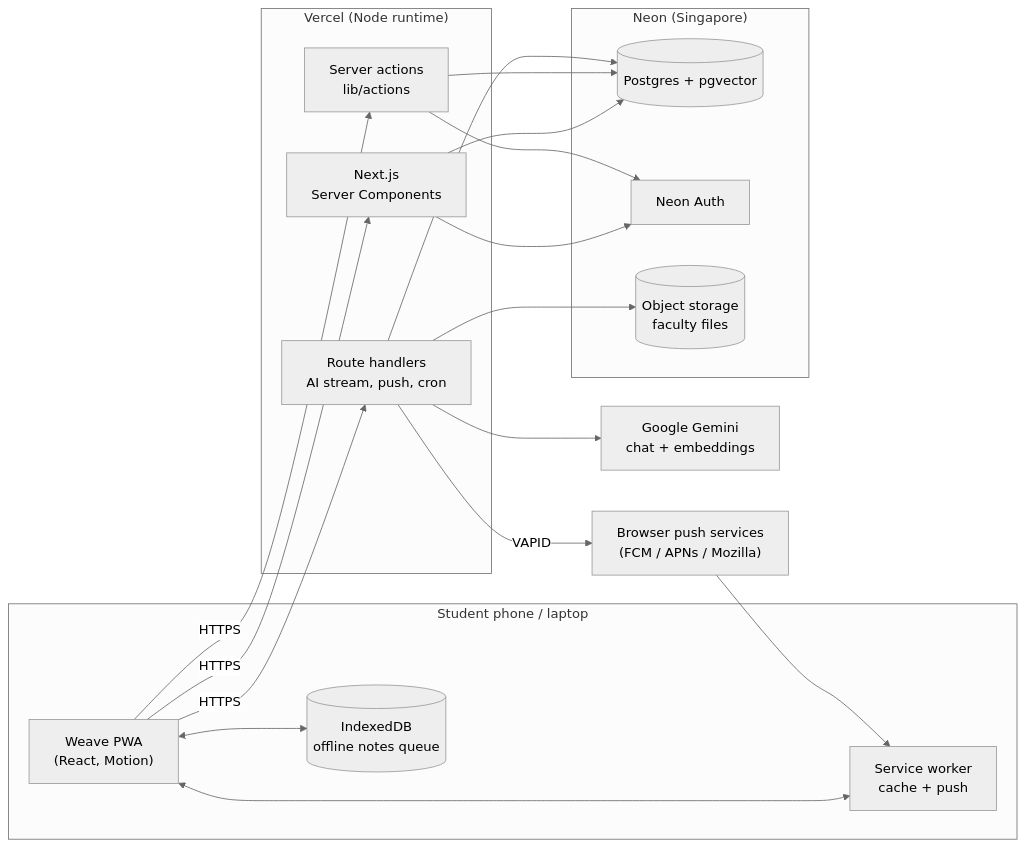
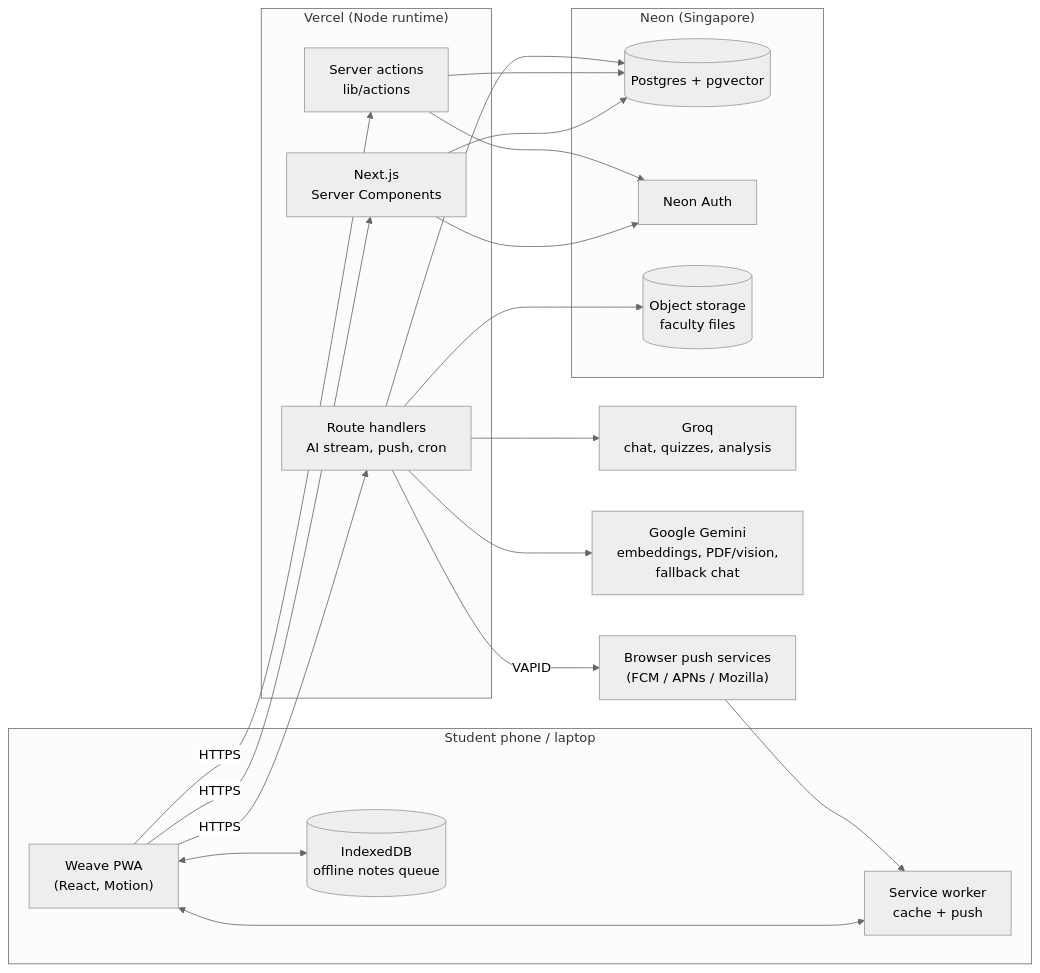
One commit to adarzhpathade/weave changed the diagram in docs/architecture.md. Above: the diagram before and after it, drawn with Mermaid (neutral theme). The commit also changed other lines of this file and 7 other files, not shown here.

Commit message:
docs(ai): use Groq for chat and Gemini for embeddings, vision and fallback (#2)

````diff
--- a/docs/architecture.md
+++ b/docs/architecture.md
@@ -5,29 +5,30 @@
 ```mermaid
 flowchart LR
   subgraph Device["Student phone / laptop"]
     UI["Weave PWA<br/>(React, Motion)"]
     SW["Service worker<br/>cache + push"]
     IDB[("IndexedDB<br/>offline notes queue")]
   end
   subgraph Vercel["Vercel (Node runtime)"]
     RSC["Next.js<br/>Server Components"]
     SA["Server actions<br/>lib/actions"]
     API["Route handlers<br/>AI stream, push, cron"]
   end
   subgraph Neon["Neon (Singapore)"]
     PG[("Postgres + pgvector")]
     AUTH["Neon Auth"]
     S3[("Object storage<br/>faculty files")]
   end
-  GEM["Google Gemini<br/>chat + embeddings"]
+  GROQ["Groq<br/>chat, quizzes, analysis"]
+  GEM["Google Gemini<br/>embeddings, PDF/vision,<br/>fallback chat"]
   PUSH["Browser push services<br/>(FCM / APNs / Mozilla)"]
 
   UI <--> SW
   UI <--> IDB
   UI -- HTTPS --> RSC & SA & API
   RSC & SA & API --> PG
   RSC & SA --> AUTH
   API --> S3
-  API --> GEM
+  API --> GROQ & GEM
   API -- VAPID --> PUSH --> SW
 ```
````
